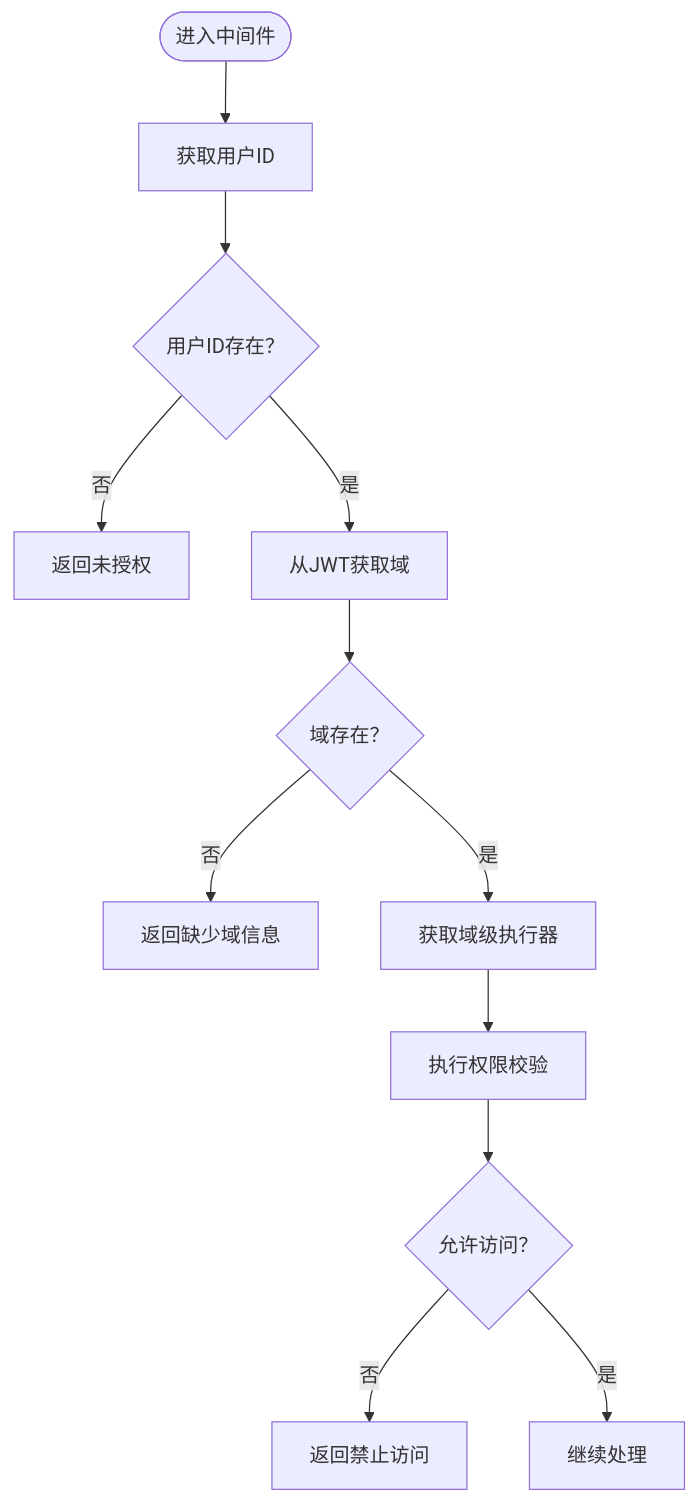
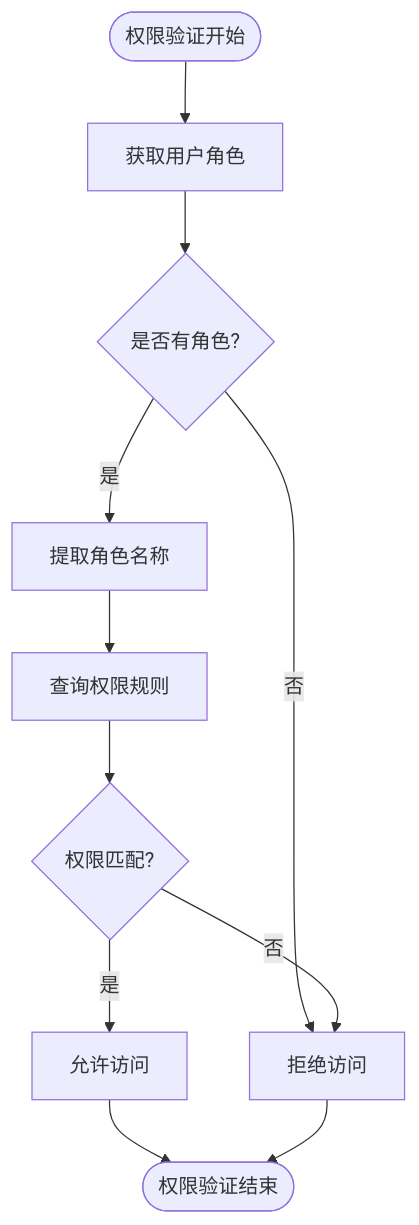
One commit to wuwuseo/e-sports-go-admin changed the third of 5 diagrams in .qoder/repowiki/zh/content/API接口文档/权限管理接口.md. Above: the diagram before and after it, drawn with Mermaid. The commit also changed other lines of this file and 141 other files, not shown here.

````diff
--- a/.qoder/repowiki/zh/content/API接口文档/权限管理接口.md
+++ b/.qoder/repowiki/zh/content/API接口文档/权限管理接口.md
@@ -200,14 +368,13 @@
 ```mermaid
 flowchart TD
-Start(["进入中间件"]) --> GetUserID["获取用户ID"]
-GetUserID --> HasUserID{"用户ID存在？"}
-HasUserID --> |否| Unauthorized["返回未授权"]
-HasUserID --> |是| GetDomain["从JWT获取域"]
-GetDomain --> HasDomain{"域存在？"}
-HasDomain --> |否| MissingDomain["返回缺少域信息"]
-HasDomain --> |是| GetEnforcer["获取域级执行器"]
-GetEnforcer --> Enforce["执行权限校验"]
-Enforce --> Allowed{"允许访问？"}
-Allowed --> |否| Forbidden["返回禁止访问"]
-Allowed --> |是| Next["继续处理"]
+Start([权限验证开始]) --> GetUserRoles["获取用户角色"]
+GetUserRoles --> CheckRoles{"是否有角色?"}
+CheckRoles --> |否| Deny["拒绝访问"]
+CheckRoles --> |是| GetRoleNames["提取角色名称"]
+GetRoleNames --> QueryPermissions["查询权限规则"]
+QueryPermissions --> CheckCondition{"权限匹配?"}
+CheckCondition --> |是| Allow["允许访问"]
+CheckCondition --> |否| Deny
+Allow --> End([权限验证结束])
+Deny --> End
 ```
````
